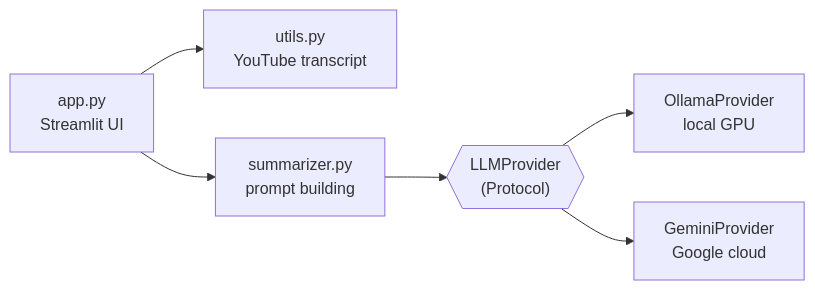
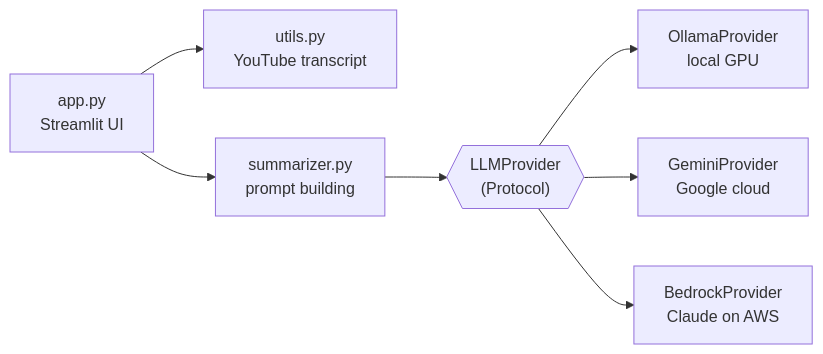
The diagram in README.md (Liviu1342/hybrid-youtube-ai-summarizer), drawn with Mermaid before and after one commit. The commit also changed other lines of this file, not shown here.

Commit message:
docs: document the Bedrock provider and streaming

````diff
--- a/README.md
+++ b/README.md
@@ -20,8 +22,9 @@
 ```mermaid
 flowchart LR
     UI["app.py<br/>Streamlit UI"] --> YT["utils.py<br/>YouTube transcript"]
     UI --> S["summarizer.py<br/>prompt building"]
     S --> P{{"LLMProvider<br/>(Protocol)"}}
     P --> O["OllamaProvider<br/>local GPU"]
     P --> G["GeminiProvider<br/>Google cloud"]
+    P --> B["BedrockProvider<br/>Claude on AWS"]
 ```
````
